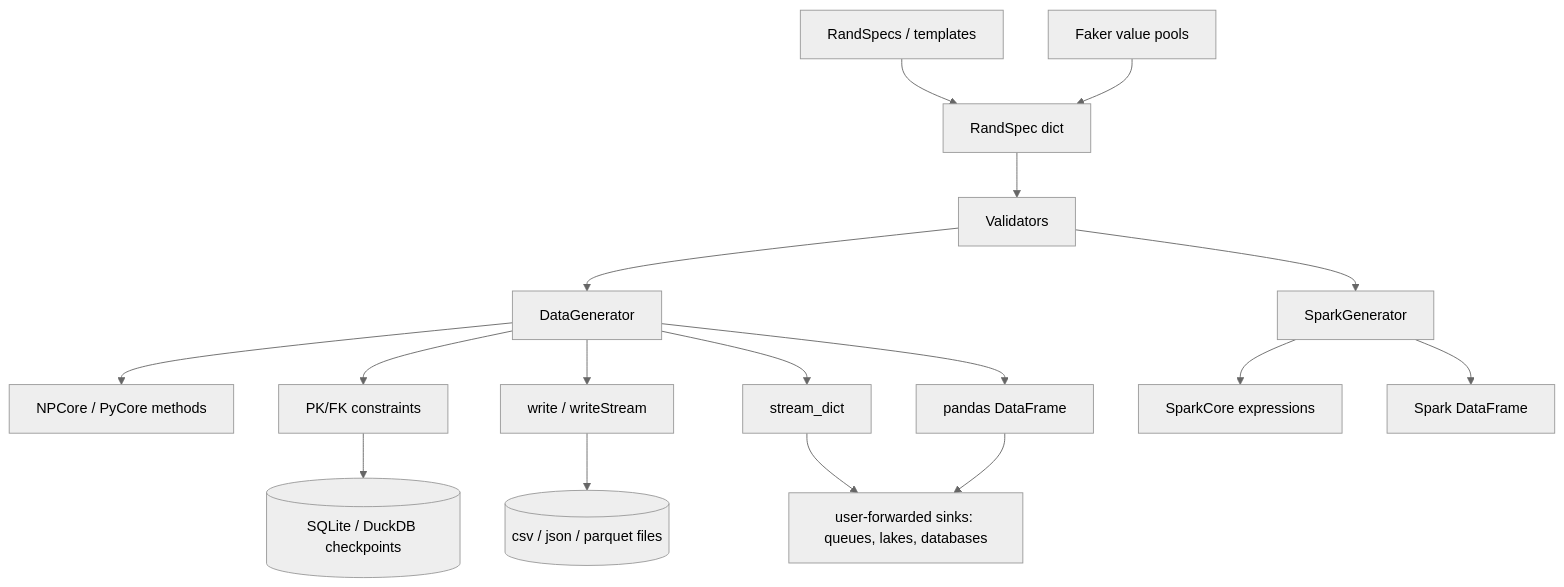
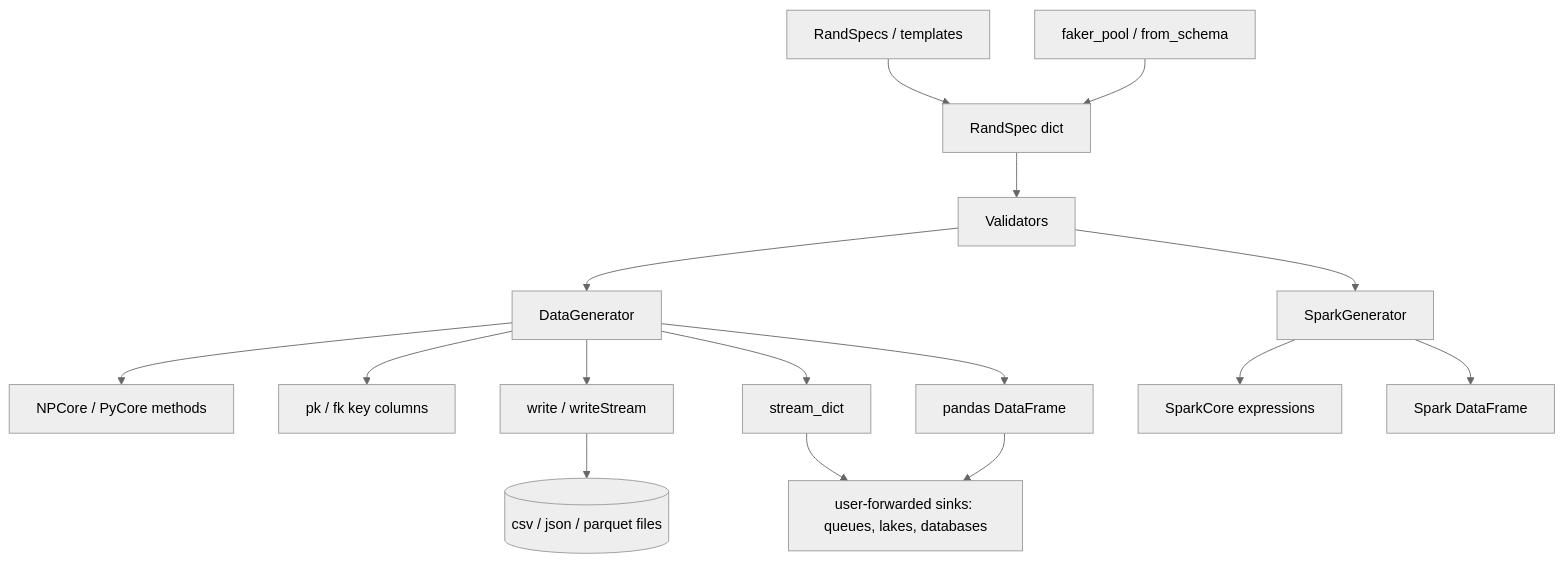
The diagram in specs/memory/product/index.md (marcoaureliomenezes/rand_engine), drawn with Mermaid (neutral theme) before and after one commit. The commit also changed other lines of this file and 17 other files, not shown here.

````diff
--- a/specs/memory/product/index.md
+++ b/specs/memory/product/index.md
@@ -77,19 +77,18 @@
 ```mermaid
 graph TD
   S[RandSpec dict] --> V[Validators]
   V --> DG[DataGenerator]
   V --> SG[SparkGenerator]
   DG --> NP[NPCore / PyCore methods]
   SG --> SC[SparkCore expressions]
-  DG --> C[PK/FK constraints]
-  C --> DB[(SQLite / DuckDB checkpoints)]
+  DG --> C[pk / fk key columns]
   DG --> W[write / writeStream]
   DG --> SD[stream_dict]
   E[RandSpecs / templates] --> S
-  FK[Faker value pools] --> S
+  B[faker_pool / from_schema] --> S
   DG --> DF[pandas DataFrame]
   SG --> SDF[Spark DataFrame]
   DF --> U[user-forwarded sinks: queues, lakes, databases]
   SD --> U
   W --> F[(csv / json / parquet files)]
 ```
````
